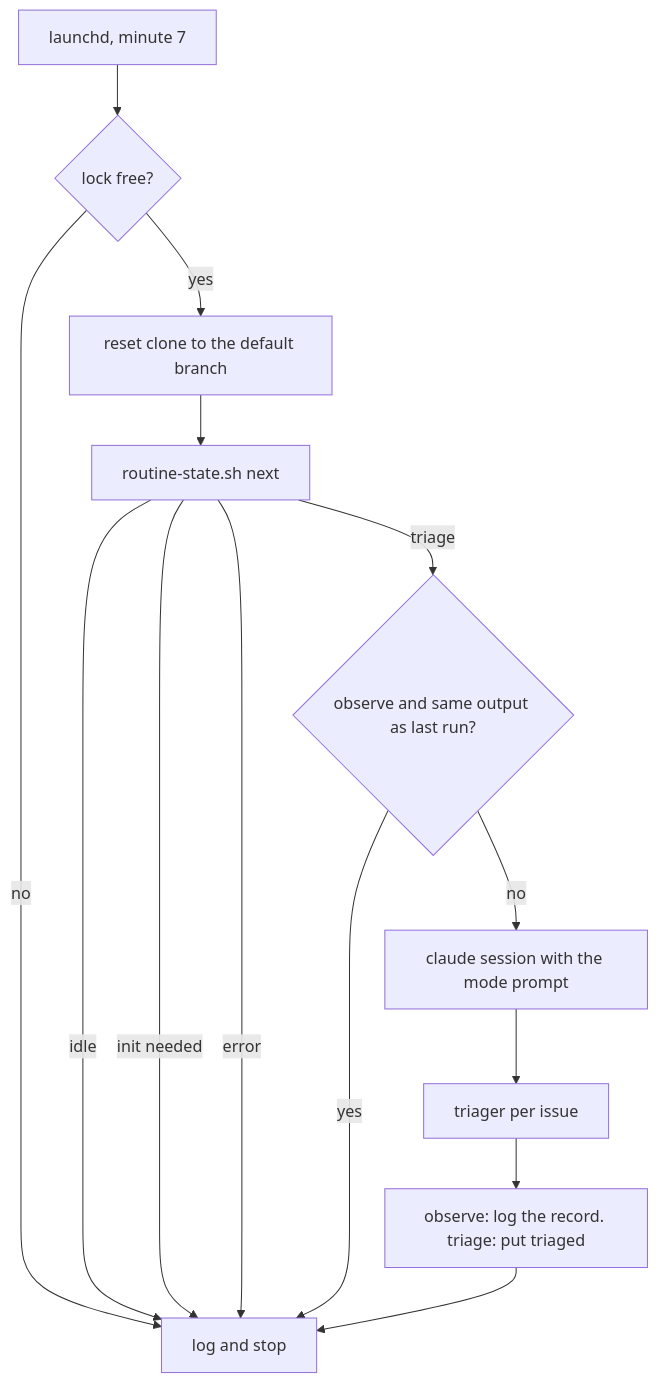
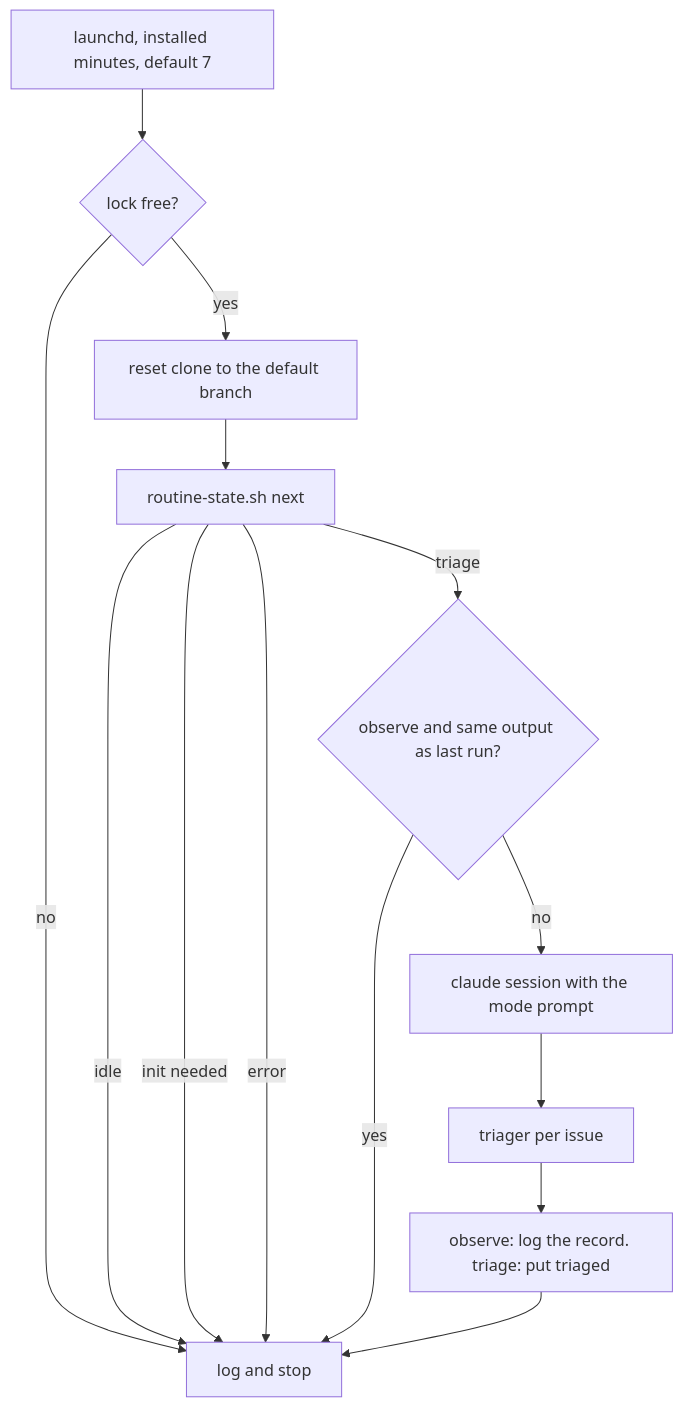
One commit to alfhen/agent-pr-pipeline changed the diagram in docs/routine.md. Above: the diagram before and after it, drawn with Mermaid. The commit also changed other lines of this file and 6 other files, not shown here.

````diff
--- a/docs/routine.md
+++ b/docs/routine.md
@@ -20,16 +30,16 @@
 ```mermaid
 flowchart TD
-  A[launchd, minute 7] --> B{lock free?}
+  A[launchd, installed minutes, default 7] --> B{lock free?}
   B -- no --> L[log and stop]
   B -- yes --> C[reset clone to the default branch]
   C --> D[routine-state.sh next]
   D -- idle --> L
   D -- init needed --> L
   D -- error --> L
   D -- triage --> E{observe and same output as last run?}
   E -- yes --> L
   E -- no --> F[claude session with the mode prompt]
   F --> G[triager per issue]
   G --> H[observe: log the record. triage: put triaged]
   H --> L
 ```
````
